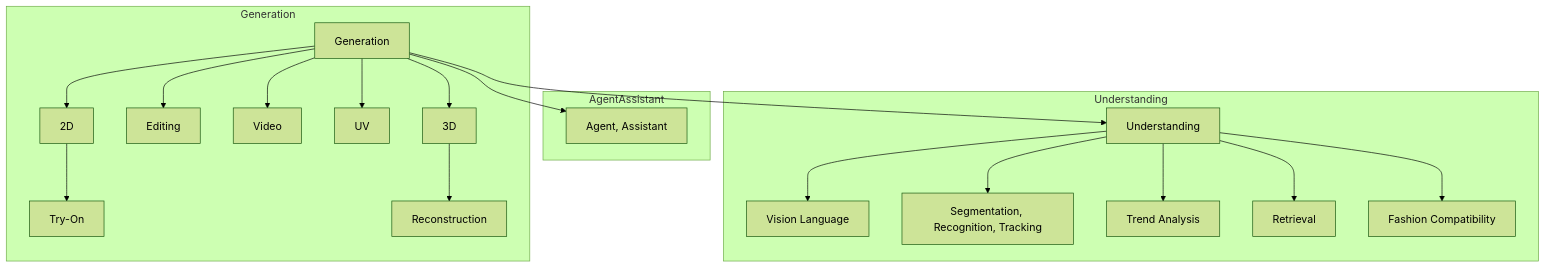
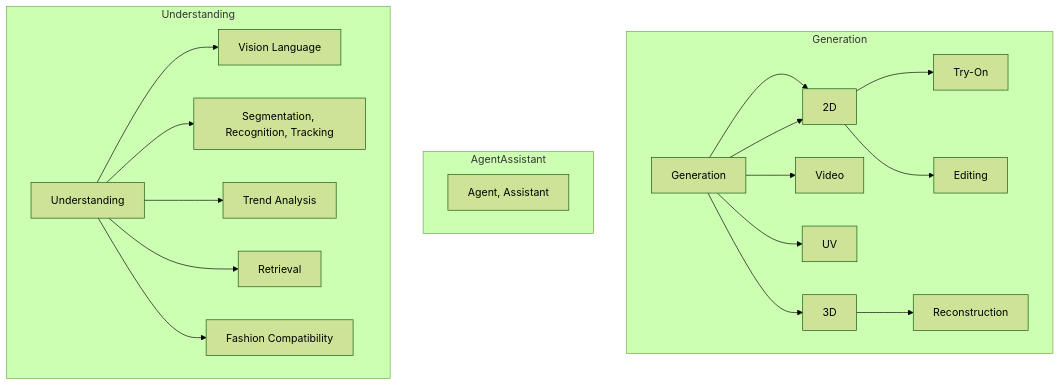
The diagram in README.md (wendashi/Cool-GenAI-Fashion-Papers), drawn with Mermaid (forest theme) before and after one commit.

````diff
--- a/README.md
+++ b/README.md
@@ -30,26 +30,24 @@
 ```mermaid
 graph TB;
 
 subgraph Generation
   gen1[Generation] --> gen2[2D] --> gen3[Try-On]
-  gen1 --> gen4[Editing]
+  gen1 --> gen2[2D] --> gen4[Editing]
   gen1 --> gen5[Video]
   gen1 --> gen6[UV]
   gen1 --> gen7[3D] --> gen8[Reconstruction]
 end
 
 subgraph AgentAssistant
   aa1[Agent, Assistant]
 end
 
 subgraph Understanding
   u1[Understanding] --> u2[Vision Language]
   u1 --> u3[Segmentation, Recognition, Tracking]
   u1 --> u4[Trend Analysis]
   u1 --> u5[Retrieval]
   u1 --> u6[Fashion Compatibility]
 end
 
-gen1 --> aa1
-gen1 --> u1
 ```
````
